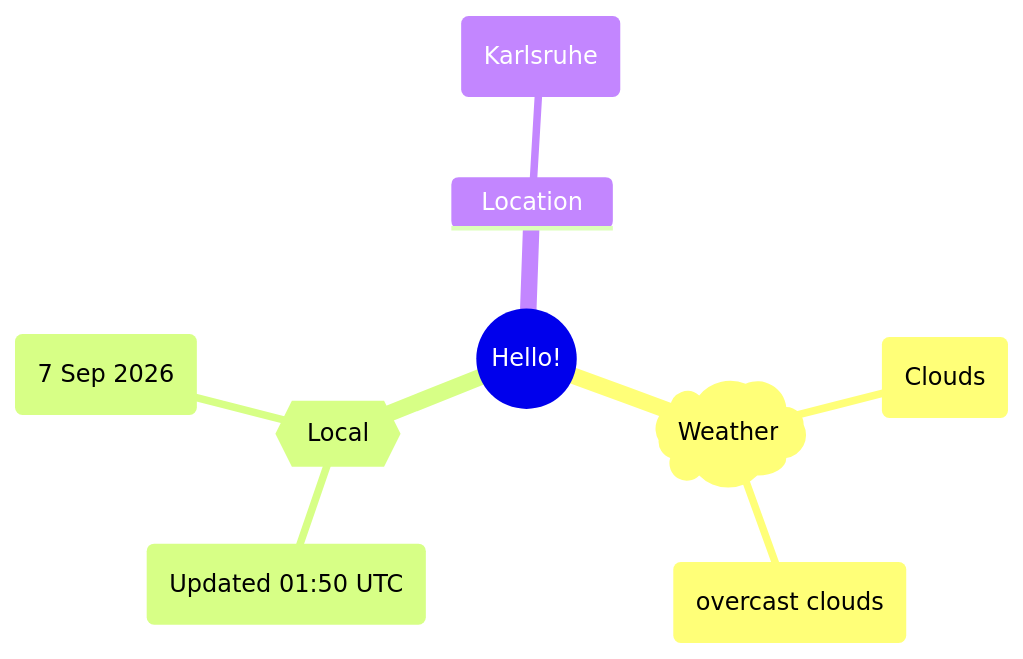
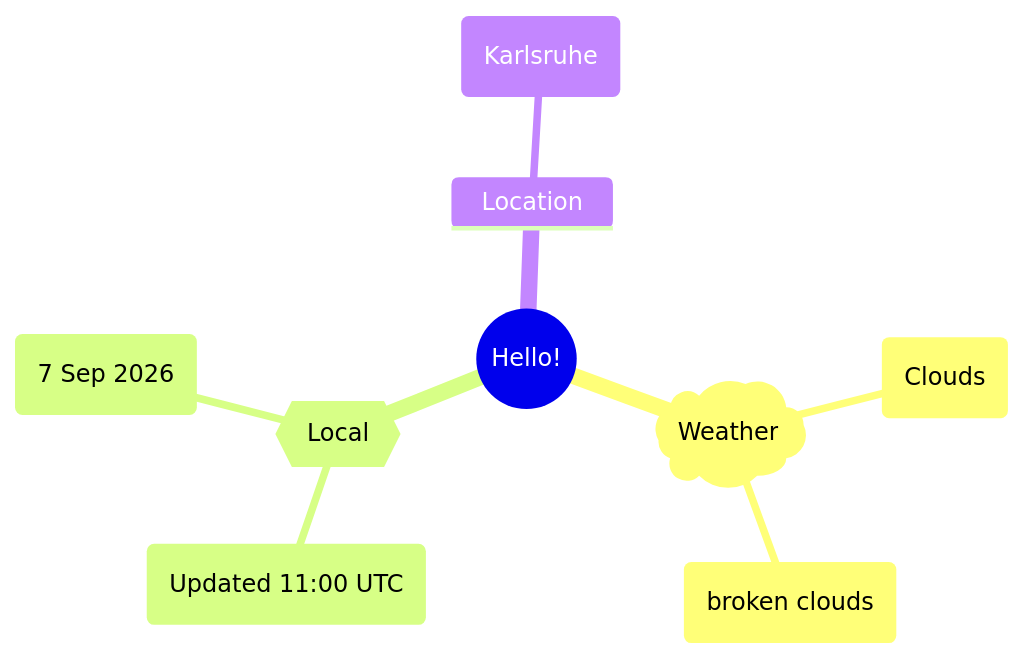
The first of 2 diagrams in README.md (Xosrov/Xosrov), drawn with Mermaid before and after one commit.

Commit message:
[bot] updated images

````diff
--- a/README.md
+++ b/README.md
@@ -3,12 +3,12 @@
 ```mermaid
 mindmap
   root((Hello!))
     )Weather(
         (Clouds)
-        (overcast clouds)
+        (broken clouds)
     {{Local}}
-        (Updated 01:50 UTC)
+        (Updated 11:00 UTC)
         (7 Sep 2026)
     Location
         (Karlsruhe)
 ```
````
